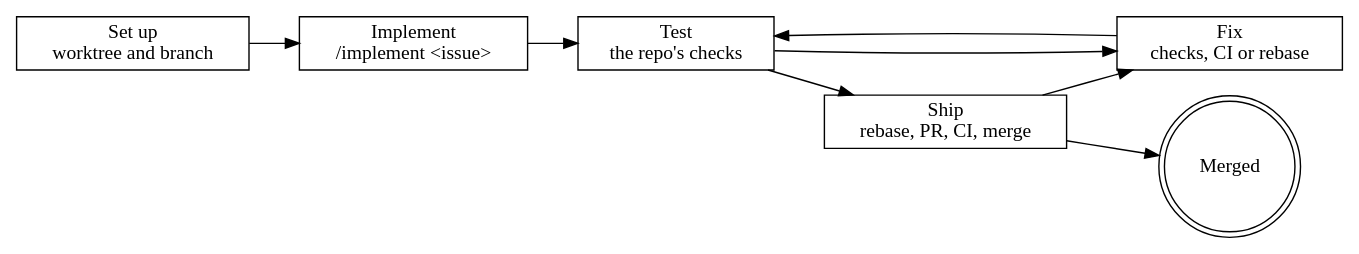
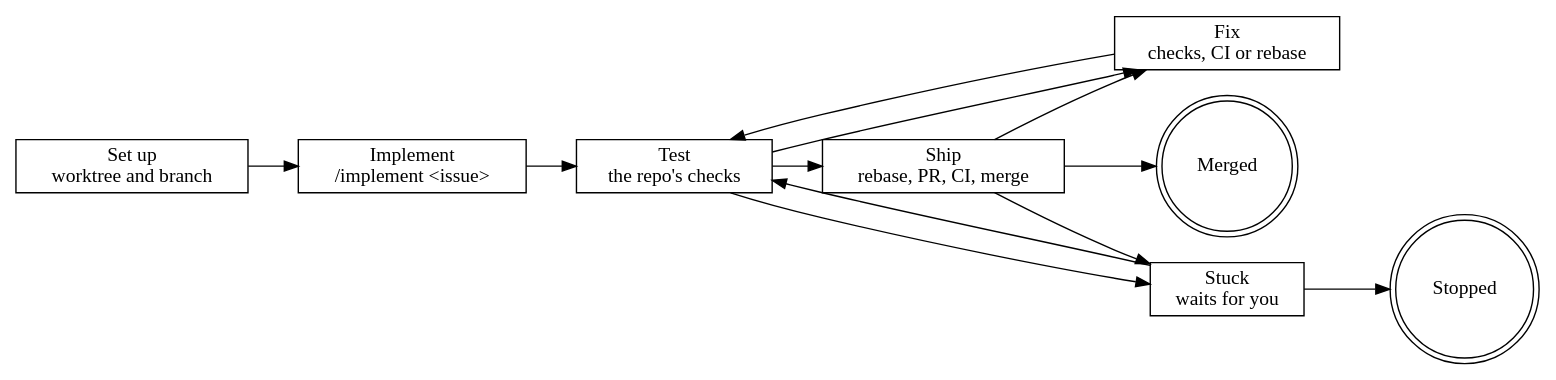
One commit to Web-tree/runspore changed the diagram in .spore/workflows/ticket/workflow.dot. Above: the diagram before and after it, drawn with Graphviz. The commit also changed 34 other files, not shown here.

```diff
--- a/.spore/workflows/ticket/workflow.dot
+++ b/.spore/workflows/ticket/workflow.dot
@@ -1,20 +1,26 @@
 digraph "ticket" {
   dialect = "runspore/0.2";
   start   = "setup";
   rankdir = LR;
 
   setup     [label="Set up\nworktree and branch", shape=box];
   implement [label="Implement\n/implement <issue>", shape=box];
   test      [label="Test\nthe repo's checks", shape=box];
   fix       [label="Fix\nchecks, CI or rebase", shape=box];
   ship      [label="Ship\nrebase, PR, CI, merge", shape=box];
+  stuck     [kind="await-signal", label="Stuck\nwaits for you", shape=box];
   done      [kind="complete", label="Merged", shape=doublecircle];
+  stopped   [kind="fail", label="Stopped", shape=doublecircle];
 
   setup -> implement;
   implement -> test;
   test -> ship;
   test -> fix [on="red"];
   fix -> test;
   ship -> done;
   ship -> fix [on="red"];
+  test -> stuck [on="exhausted"];
+  ship -> stuck [on="exhausted"];
+  stuck -> test [on="keep-going"];
+  stuck -> stopped [on="stop"];
 }
```
